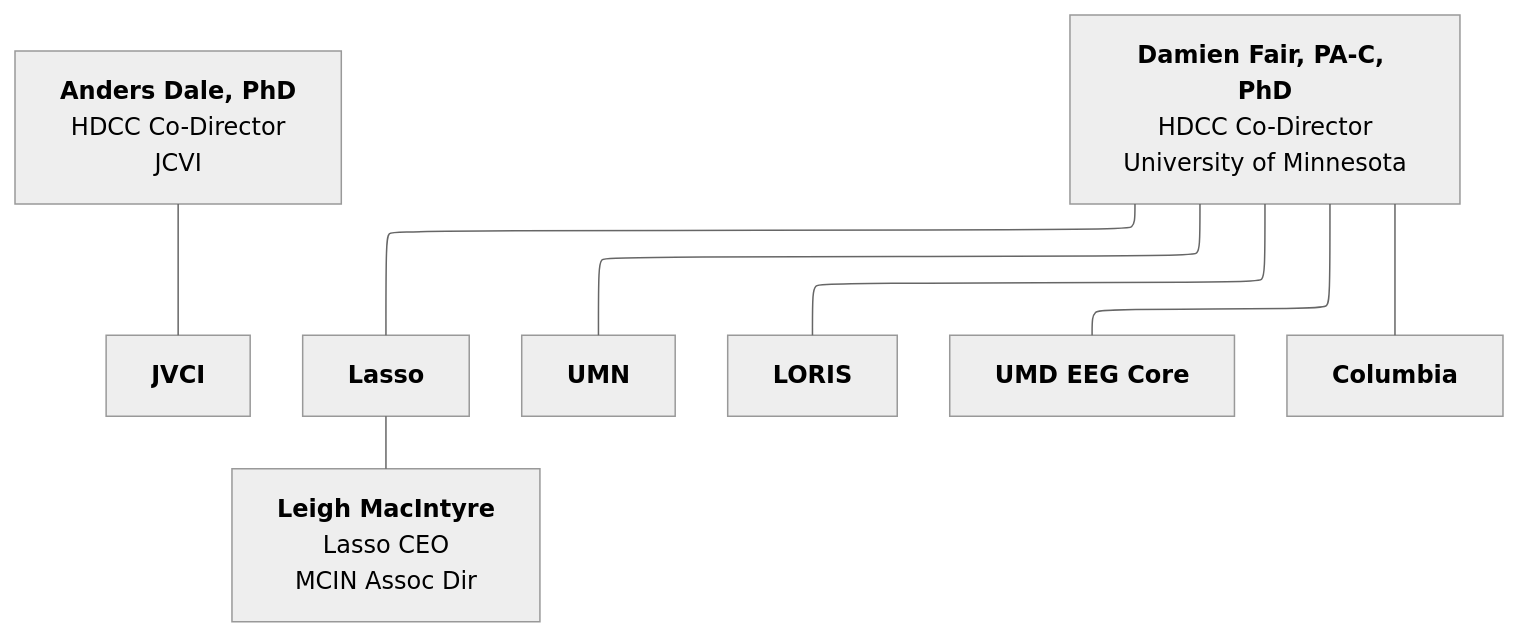
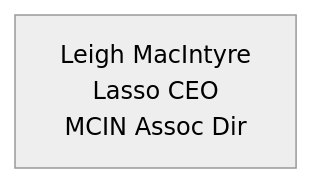
One commit to DCAN-Labs/hbcd-docs-internal changed the first of 10 diagrams in docs/orgcharts.md. Above: the diagram before and after it, drawn with Mermaid (neutral theme).

````diff
--- a/docs/orgcharts.md
+++ b/docs/orgcharts.md
@@ -6,10 +6,9 @@
 ```mermaid
 ---
 config:
   layout: elk
 ---
 flowchart TB
-    n2["<b>Anders Dale, PhD<br></b>HDCC Co-Director<br>JCVI"] --- jvci["<b>JVCI</b>"]
-    E["<b>Damien Fair, PA-C, PhD</b><br>HDCC Co-Director<br>University of Minnesota"] --- lasso["<b>Lasso</b>"] & umn["<b>UMN</b>"] & n7["<b>LORIS</b>"] & n8["<b>UMD EEG Core</b>"] & n11["<b>Columbia</b>"]
-    lasso --- lasso1["<b>Leigh MacIntyre</b><br>Lasso CEO<br><span title='Montreal Consortium for Innovation in Neuroinformatics'>MCIN Assoc Dir</span>"]
+    lasso1["Leigh MacIntyre<br>Lasso CEO<br>MCIN Assoc Dir"]
+    click lasso1 "https://mcin.ca" "Montreal Consortium for Innovation in Neuroinformatics"
 ```
````
